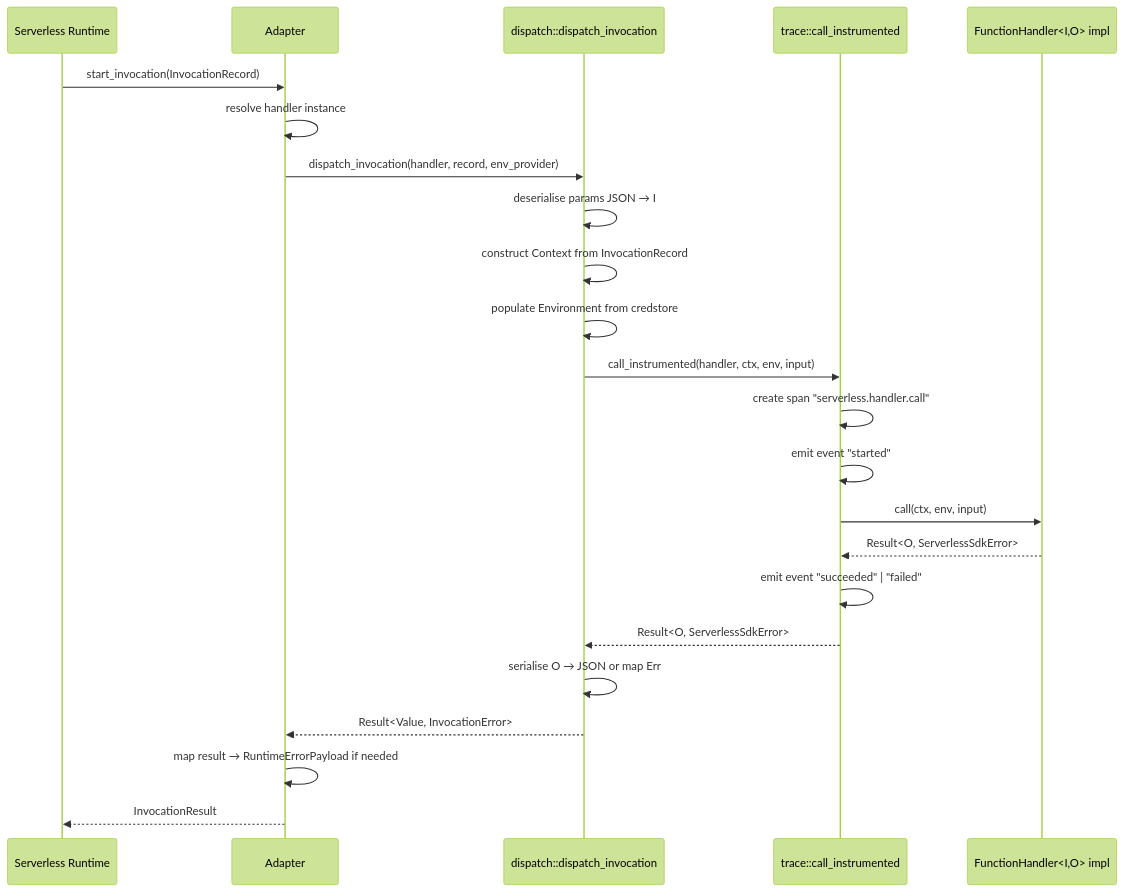
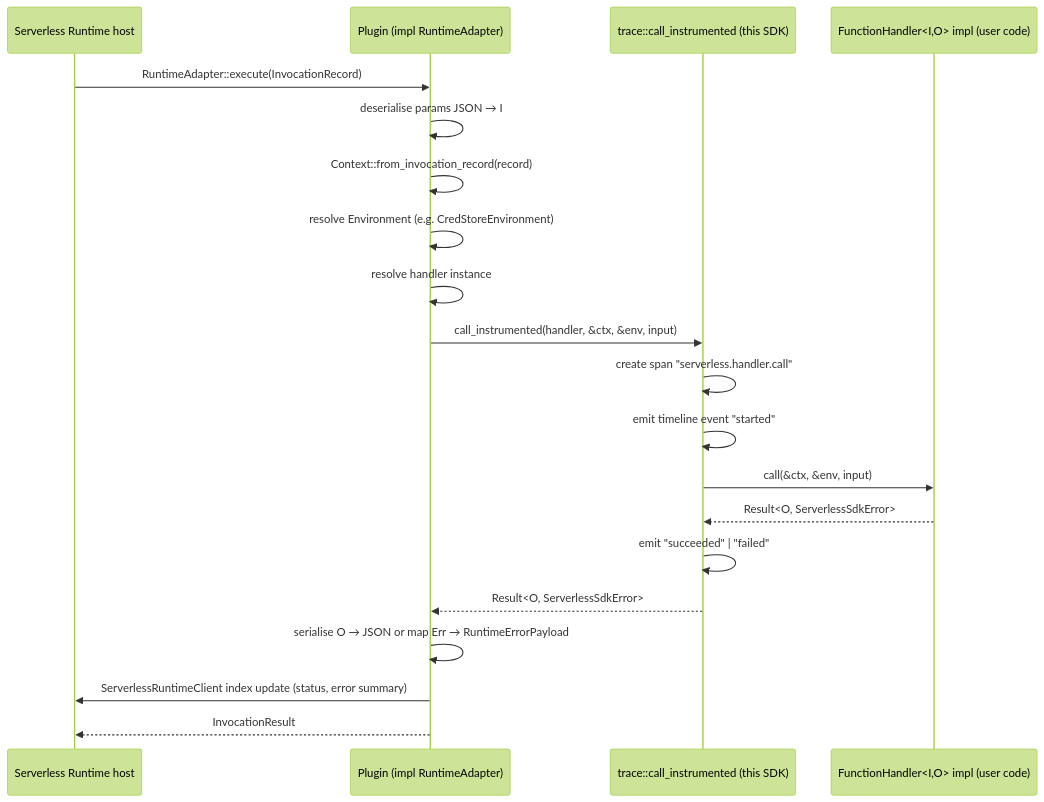
The third of 4 diagrams in modules/serverless-runtime/serverless-sdk/docs/DESIGN.md (vgprod/cyberfabric-core), drawn with Mermaid (forest theme) before and after one commit. The commit also changed other lines of this file and 1 other file, not shown here.

Commit message:
docs(serverless-sdk): align with preferred thin-host / fat-plugin approach

````diff
--- a/modules/serverless-runtime/serverless-sdk/docs/DESIGN.md
+++ b/modules/serverless-runtime/serverless-sdk/docs/DESIGN.md
@@ -655,26 +724,23 @@
 ```mermaid
 sequenceDiagram
-    participant R as Serverless Runtime
-    participant A as Adapter
-    participant D as dispatch::dispatch_invocation
-    participant T as trace::call_instrumented
-    participant H as FunctionHandler<I,O> impl
+    participant R as Serverless Runtime host
+    participant A as Plugin (impl RuntimeAdapter)
+    participant T as trace::call_instrumented (this SDK)
+    participant H as FunctionHandler<I,O> impl (user code)
 
-    R->>A: start_invocation(InvocationRecord)
+    R->>A: RuntimeAdapter::execute(InvocationRecord)
+    A->>A: deserialise params JSON → I
+    A->>A: Context::from_invocation_record(record)
+    A->>A: resolve Environment (e.g. CredStoreEnvironment)
     A->>A: resolve handler instance
-    A->>D: dispatch_invocation(handler, record, env_provider)
-    D->>D: deserialise params JSON → I
-    D->>D: construct Context from InvocationRecord
-    D->>D: populate Environment from credstore
-    D->>T: call_instrumented(handler, ctx, env, input)
+    A->>T: call_instrumented(handler, &ctx, &env, input)
     T->>T: create span "serverless.handler.call"
-    T->>T: emit event "started"
-    T->>H: call(ctx, env, input)
+    T->>T: emit timeline event "started"
+    T->>H: call(&ctx, &env, input)
     H-->>T: Result<O, ServerlessSdkError>
-    T->>T: emit event "succeeded" | "failed"
-    T-->>D: Result<O, ServerlessSdkError>
-    D->>D: serialise O → JSON or map Err
-    D-->>A: Result<Value, InvocationError>
-    A->>A: map result → RuntimeErrorPayload if needed
+    T->>T: emit "succeeded" | "failed"
+    T-->>A: Result<O, ServerlessSdkError>
+    A->>A: serialise O → JSON or map Err → RuntimeErrorPayload
+    A->>R: ServerlessRuntimeClient index update (status, error summary)
     A-->>R: InvocationResult
 ```
````
